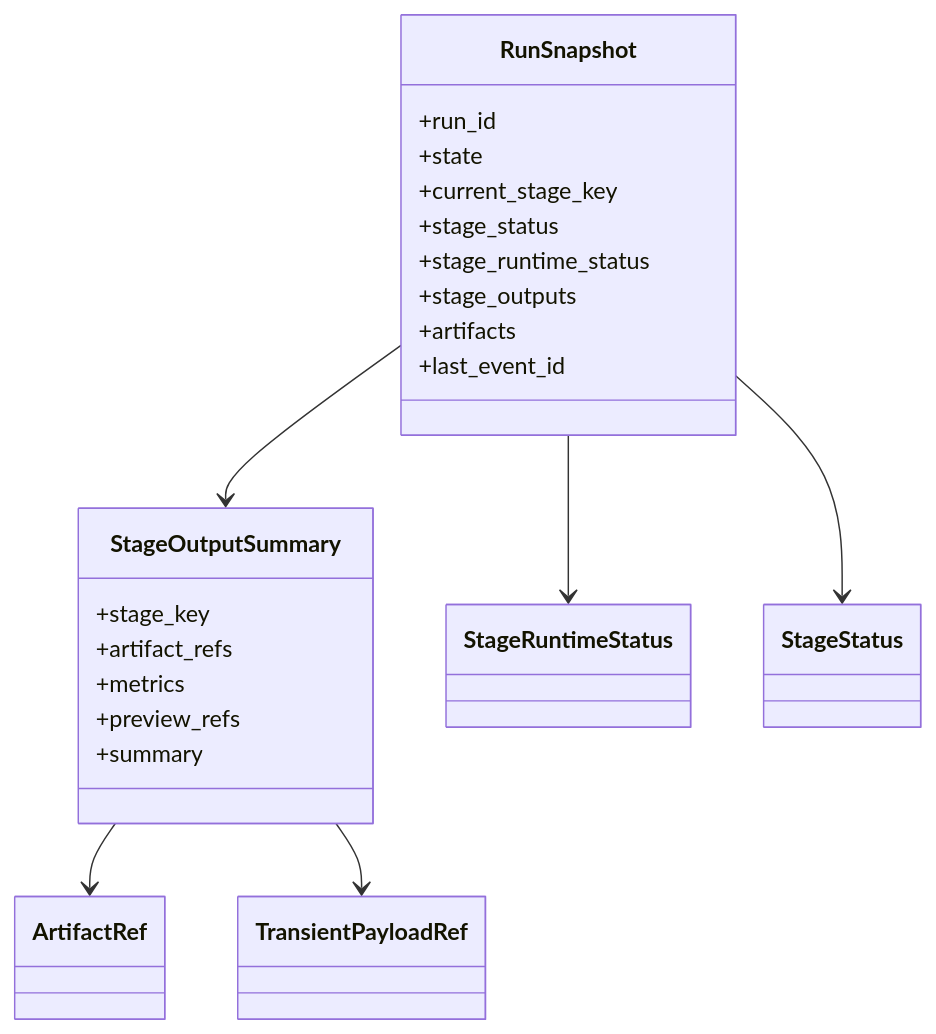
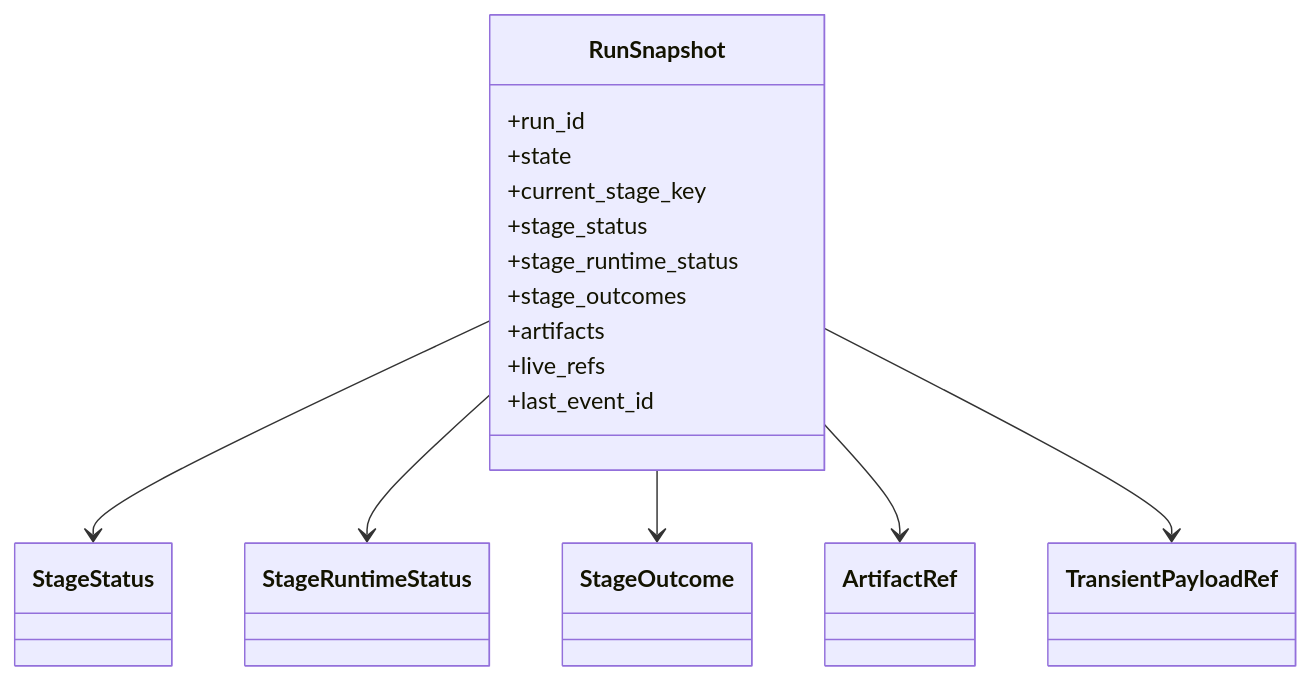
One commit to JanDuchscherer104/prml-vslam changed diagram 16 of 17 in docs/architecture/pipeline-stage-refactor-target.md. Above: the diagram before and after it, drawn with Mermaid. The commit also changed other lines of this file and 6 other files, not shown here.

````diff
--- a/docs/architecture/pipeline-stage-refactor-target.md
+++ b/docs/architecture/pipeline-stage-refactor-target.md
@@ -1362,32 +1460,26 @@
 ```mermaid
 classDiagram
     class RunSnapshot {
         +run_id
         +state
         +current_stage_key
         +stage_status
         +stage_runtime_status
-        +stage_outputs
+        +stage_outcomes
         +artifacts
+        +live_refs
         +last_event_id
     }
 
-    class StageOutputSummary {
-        +stage_key
-        +artifact_refs
-        +metrics
-        +preview_refs
-        +summary
-    }
-
+    class StageOutcome
     class StageRuntimeStatus
     class StageStatus
     class ArtifactRef
     class TransientPayloadRef
 
     RunSnapshot --> StageStatus
     RunSnapshot --> StageRuntimeStatus
-    RunSnapshot --> StageOutputSummary
-    StageOutputSummary --> ArtifactRef
-    StageOutputSummary --> TransientPayloadRef
+    RunSnapshot --> StageOutcome
+    RunSnapshot --> ArtifactRef
+    RunSnapshot --> TransientPayloadRef
 ```
````
